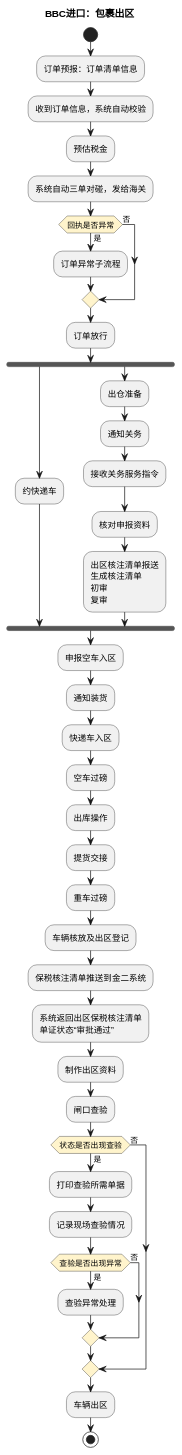
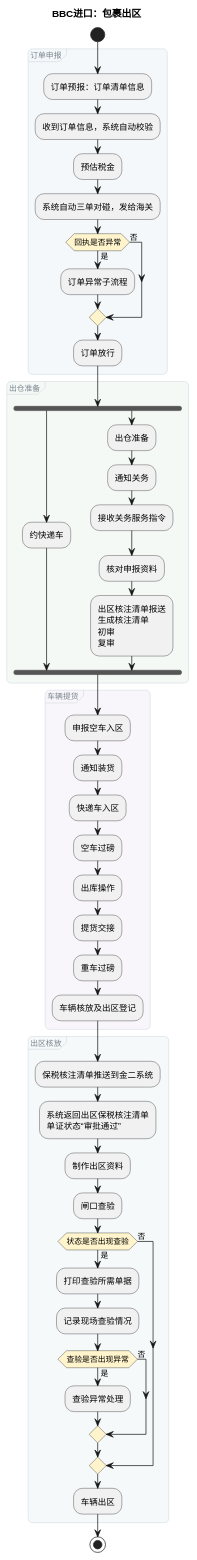
One commit to jack888332/projects-doc changed the fifth of 12 diagrams in product-caliber/goldjet/segmented-prd/mainflow/PRD.高捷物流系统一期.主流程.06.跨境电商BBC进口详细流程.md. Above: the diagram before and after it, drawn with PlantUML. The commit also changed other lines of this file and 16 other files, not shown here.

Commit message:
给DSL图分组

````diff
--- a/product-caliber/goldjet/segmented-prd/mainflow/PRD.高捷物流系统一期.主流程.06.跨境电商BBC进口详细流程.md
+++ b/product-caliber/goldjet/segmented-prd/mainflow/PRD.高捷物流系统一期.主流程.06.跨境电商BBC进口详细流程.md
@@ -205,48 +281,68 @@
 ```plantuml
 @startuml
 skinparam activityDiamondBackgroundColor #FFF4CC
 title BBC进口：包裹出区
+<style>
+activityDiagram {
+  group {
+    LineColor #CAD5DA
+    LineThickness 0.7
+    RoundCorner 12
+    FontColor #78848D
+    FontSize 11
+    FontStyle plain
+  }
+}
+</style>
 start
+group 订单申报 #F4F8FA {
 :订单预报：订单清单信息;
 :收到订单信息，系统自动校验;
 :预估税金;
 :系统自动三单对碰，发给海关;
 if (回执是否异常) then (是)
   :订单异常子流程;
 else (否)
 endif
 :订单放行;
+}
+group 出仓准备 #F5F9F6 {
 fork
   :约快递车;
 fork again
   :出仓准备;
   :通知关务;
   :接收关务服务指令;
   :核对申报资料;
   :出区核注清单报送\n生成核注清单\n初审\n复审;
 end fork
+}
+group 车辆提货 #F8F6FA {
 :申报空车入区;
 :通知装货;
 :快递车入区;
 :空车过磅;
 :出库操作;
 :提货交接;
 :重车过磅;
 :车辆核放及出区登记;
+}
+group 出区核放 #F5F9FA {
 :保税核注清单推送到金二系统;
 :系统返回出区保税核注清单\n单证状态“审批通过”;
 :制作出区资料;
 :闸口查验;
 if (状态是否出现查验) then (是)
   :打印查验所需单据;
   :记录现场查验情况;
   if (查验是否出现异常) then (是)
     :查验异常处理;
   else (否)
   endif
 else (否)
 endif
 :车辆出区;
+}
 stop
 @enduml
 ```
````
